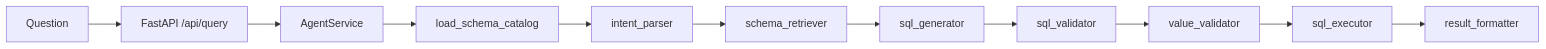
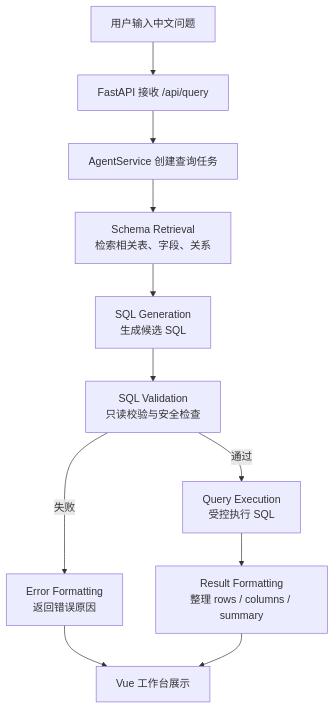
Before and after one commit to luo0629/NL2SQL: the diagram in README.md, drawn with Mermaid. The commit also changed other lines of this file, not shown here.

````diff
--- a/README.md
+++ b/README.md
@@ -96,13 +56,13 @@
 ```mermaid
-graph LR
-    A[Question] --> B[FastAPI /api/query]
-    B --> C[AgentService]
-    C --> D[load_schema_catalog]
-    D --> E[intent_parser]
-    E --> F[schema_retriever]
-    F --> G[sql_generator]
-    G --> H[sql_validator]
-    H --> I[value_validator]
-    I --> J[sql_executor]
-    J --> K[result_formatter]
+flowchart TD
+    A[用户输入中文问题] --> B[FastAPI 接收 /api/query]
+    B --> C[AgentService 创建查询任务]
+    C --> D[Schema Retrieval\n检索相关表、字段、关系]
+    D --> E[SQL Generation\n生成候选 SQL]
+    E --> F[SQL Validation\n只读校验与安全检查]
+    F -->|通过| G[Query Execution\n受控执行 SQL]
+    F -->|失败| H[Error Formatting\n返回错误原因]
+    G --> I[Result Formatting\n整理 rows / columns / summary]
+    H --> J[Vue 工作台展示]
+    I --> J
 ```
````
